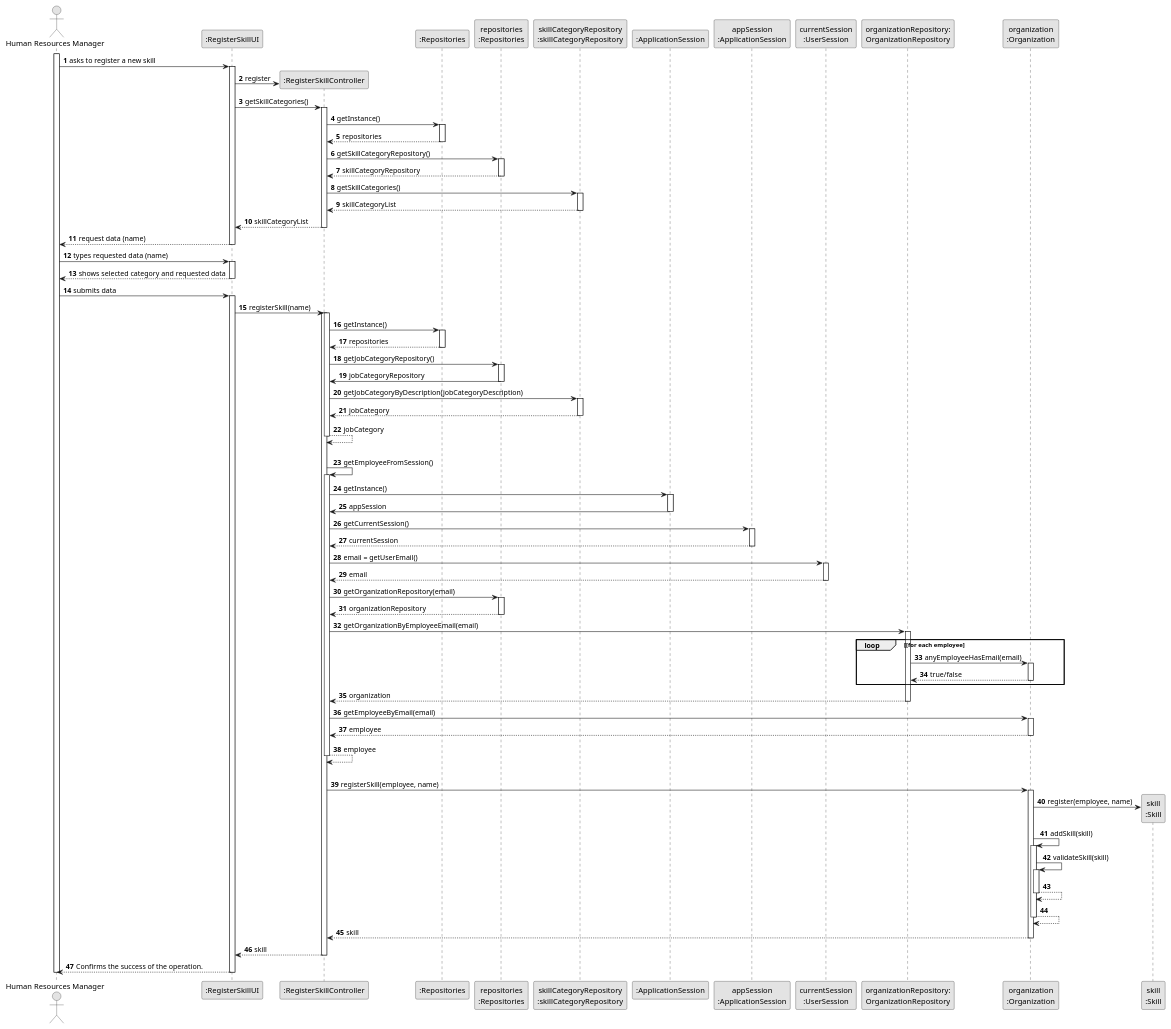
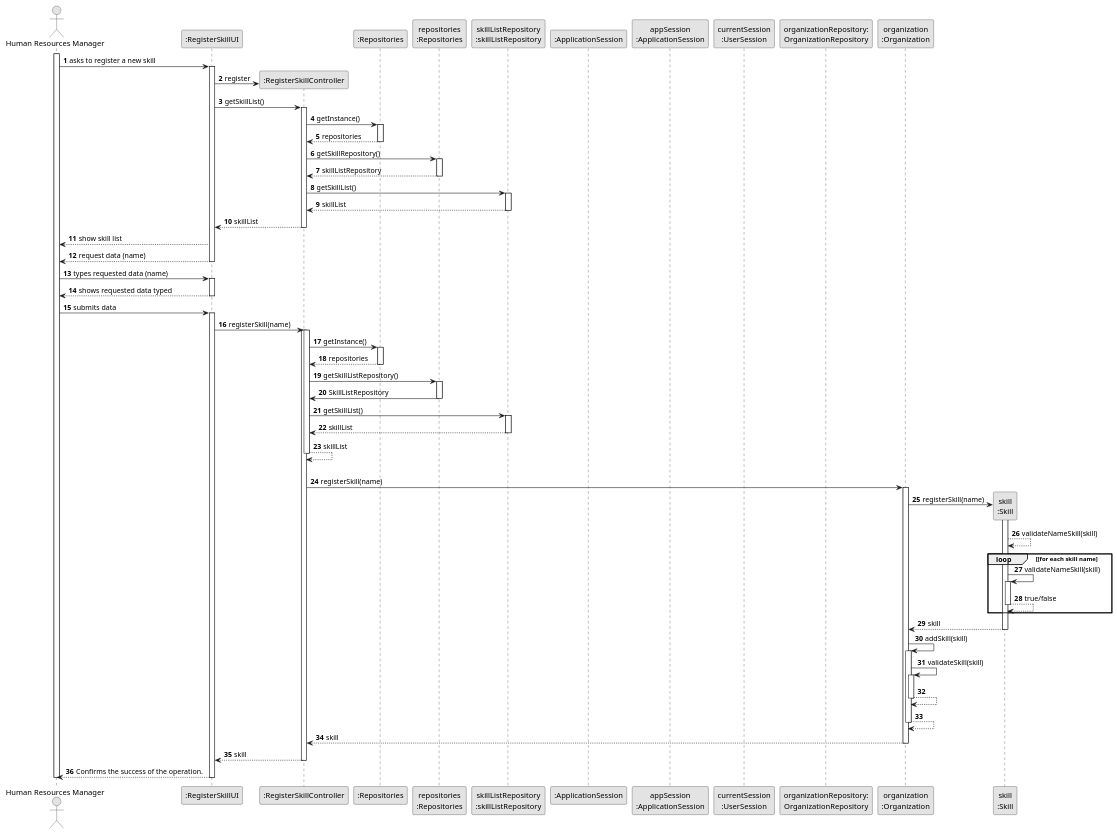
Before and after one commit to SAEmanuel/Green_Spaces_Management_ISEP: the diagram in docs/sprintB/us001/03.design/puml/us001-sequence-diagram-full.puml, drawn with PlantUML. The commit also changed 1 other file, not shown here.

Commit message:
US001 - US001 - design (full diagram) v2.2.0

```diff
--- a/docs/sprintB/us001/03.design/puml/us001-sequence-diagram-full.puml
+++ b/docs/sprintB/us001/03.design/puml/us001-sequence-diagram-full.puml
@@ -1,172 +1,140 @@
 @startuml
 skinparam monochrome true
 skinparam packageStyle rectangle
 skinparam shadowing false
 
 autonumber
 
 'hide footbox
 actor "Human Resources Manager" as HRM
 participant ":RegisterSkillUI" as UI
 participant ":RegisterSkillController" as CTRL
 participant ":Repositories" as RepositorySingleton
 participant "repositories\n:Repositories" as PLAT
-participant "skillCategoryRepository\n:skillCategoryRepository" as skillRepository
+participant "skillListRepository\n:skillListRepository" as skillRepository
 participant ":ApplicationSession" as _APP
 participant "appSession\n:ApplicationSession" as APP
 participant "currentSession\n:UserSession" as SESSAO
 participant "organizationRepository:\nOrganizationRepository" as OrganizationRepository
 participant "organization\n:Organization" as ORG
 participant "skill\n:Skill" as EMPREGO
 
 activate HRM
 
         HRM -> UI : asks to register a new skill
 
         activate UI
 
             UI -> CTRL** : register
 
-            UI -> CTRL : getSkillCategories()
+            UI -> CTRL : getSkillList()
             activate CTRL
 
                 CTRL -> RepositorySingleton : getInstance()
                 activate RepositorySingleton
 
                     RepositorySingleton --> CTRL: repositories
                 deactivate RepositorySingleton
 
-                CTRL -> PLAT : getSkillCategoryRepository()
+                CTRL -> PLAT : getSkillRepository()
                 activate PLAT
 
-                    PLAT --> CTRL: skillCategoryRepository
+                    PLAT --> CTRL: skillListRepository
                 deactivate PLAT
 
-                CTRL -> skillRepository : getSkillCategories()
+                CTRL -> skillRepository : getSkillList()
                 activate skillRepository
 
-                    skillRepository --> CTRL : skillCategoryList
+                    skillRepository --> CTRL : skillList
                 deactivate skillRepository
 
-                CTRL --> UI : skillCategoryList
+                CTRL --> UI : skillList
             deactivate CTRL
 
+
+
+
+            UI --> HRM : show skill list
             UI --> HRM : request data (name)
         deactivate UI
+
 
     HRM -> UI : types requested data (name)
     activate UI
 
-        UI --> HRM : shows selected category and requested data
+        UI --> HRM : shows requested data typed
         deactivate UI
 
         HRM -> UI : submits data
             activate UI
 
 
             UI -> CTRL : registerSkill(name)
             activate CTRL
 
                 activate CTRL
 
                     CTRL -> RepositorySingleton : getInstance()
                     activate RepositorySingleton
 
                         RepositorySingleton --> CTRL: repositories
                     deactivate RepositorySingleton
 
-                    CTRL -> PLAT : getJobCategoryRepository()
+                    CTRL -> PLAT : getSkillListRepository()
                     activate PLAT
 
-                        PLAT -> CTRL : jobCategoryRepository
+                        PLAT -> CTRL : SkillListRepository
                     deactivate PLAT
 
-                    CTRL -> skillRepository : getJobCategoryByDescription(jobCategoryDescription)
+                    CTRL -> skillRepository : getSkillList()
                     activate skillRepository
 
-                        skillRepository --> CTRL : jobCategory
+                        skillRepository --> CTRL : skillList
                     deactivate skillRepository
-                        CTRL --> CTRL : jobCategory
+                        CTRL --> CTRL : skillList
                 deactivate CTRL
 
                 |||
-                CTRL -> CTRL : getEmployeeFromSession()
-                activate CTRL
-
-                    CTRL -> _APP: getInstance()
-                    activate _APP
-                        _APP -> CTRL: appSession
-                    deactivate _APP
-
-
-                    CTRL -> APP: getCurrentSession()
-                    activate APP
-
-                        APP --> CTRL: currentSession
-                    deactivate APP
-
-                    CTRL -> SESSAO: email = getUserEmail()
-                    activate SESSAO
-
-                        SESSAO --> CTRL: email
-                    deactivate SESSAO
-
-
-                    CTRL -> PLAT: getOrganizationRepository(email)
-                    activate PLAT
-
-                        PLAT --> CTRL: organizationRepository
-                    deactivate PLAT
-
-
-                    CTRL -> OrganizationRepository: getOrganizationByEmployeeEmail(email)
-                    activate OrganizationRepository
-
-                        loop [for each employee
-                            OrganizationRepository -> ORG : anyEmployeeHasEmail(email)
-                            activate ORG
-
-                                 ORG --> OrganizationRepository : true/false
-                            deactivate ORG
-                        end
-                        OrganizationRepository --> CTRL : organization
-                    deactivate OrganizationRepository
-
-                    CTRL -> ORG: getEmployeeByEmail(email)
-                    activate ORG
-
-                        ORG --> CTRL : employee
-                    deactivate ORG
-
-                    CTRL --> CTRL : employee
-                deactivate CTRL
-
-                |||
-                CTRL -> ORG: registerSkill(employee, name)
+                CTRL -> ORG: registerSkill(name)
                 activate ORG
 
-                    ORG -> EMPREGO**: register(employee, name)
+                    ORG -> EMPREGO**: registerSkill(name)
+
+                    activate EMPREGO
+                        EMPREGO --> EMPREGO : validateNameSkill(skill)
+
+                        loop [for each skill name
+                          EMPREGO -> EMPREGO : validateNameSkill(skill)
+                            activate EMPREGO
+
+                                 EMPREGO --> EMPREGO : true/false
+                            deactivate EMPREGO
+                        end
+
+                        EMPREGO --> ORG : skill
+                    deactivate EMPREGO
+
 
                     ORG -> ORG: addSkill(skill)
 
 
                     activate ORG
                         ORG -> ORG: validateSkill(skill)
                         activate ORG
                             ORG --> ORG
                         deactivate ORG
 
                         ORG --> ORG
                     deactivate ORG
 
                     ORG --> CTRL : skill
 
                 deactivate ORG
 
                 CTRL --> UI: skill
                 deactivate CTRL
                 UI --> HRM: Confirms the success of the operation.
         deactivate UI
     deactivate HRM
 
 @enduml
```
